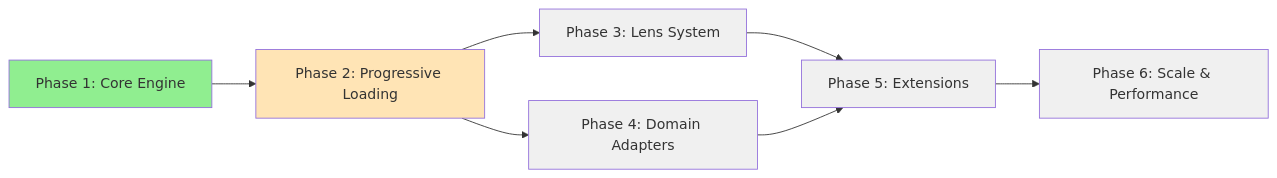
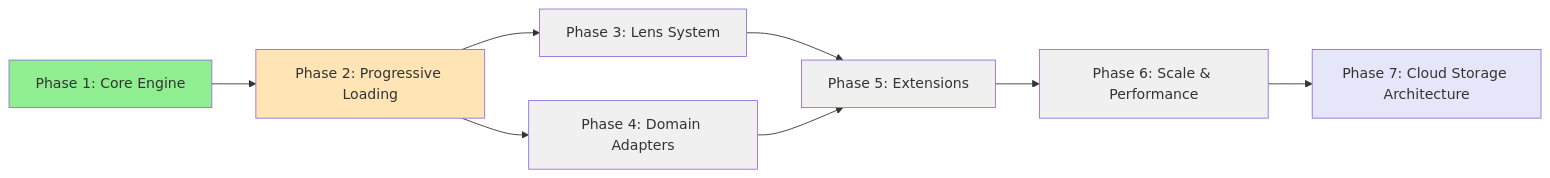
One commit to jwynia/corticai changed the diagram in context-network/planning/roadmap.md. Above: the diagram before and after it, drawn with Mermaid. The commit also changed other lines of this file and 10 other files, not shown here.

First line of the commit message:
feat: add dual-role storage architecture and navigation rules

````diff
--- a/context-network/planning/roadmap.md
+++ b/context-network/planning/roadmap.md
@@ -18,16 +18,18 @@
 ```mermaid
 graph LR
     A[Phase 1: Core Engine] --> B[Phase 2: Progressive Loading]
     B --> C[Phase 3: Lens System]
     B --> D[Phase 4: Domain Adapters]
     C --> E[Phase 5: Extensions]
     D --> E
     E --> F[Phase 6: Scale & Performance]
+    F --> G[Phase 7: Cloud Storage Architecture]
 
     style A fill:#90EE90
     style B fill:#FFE4B5
     style C fill:#F0F0F0
     style D fill:#F0F0F0
     style E fill:#F0F0F0
     style F fill:#F0F0F0
+    style G fill:#E6E6FA
 ```
````
